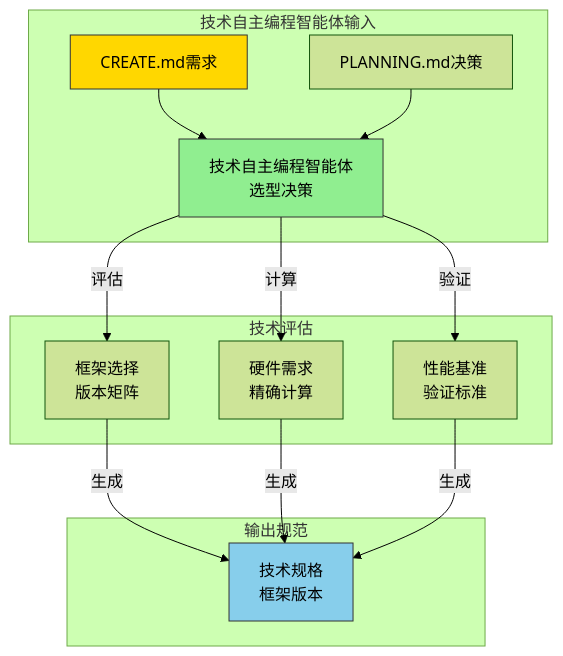
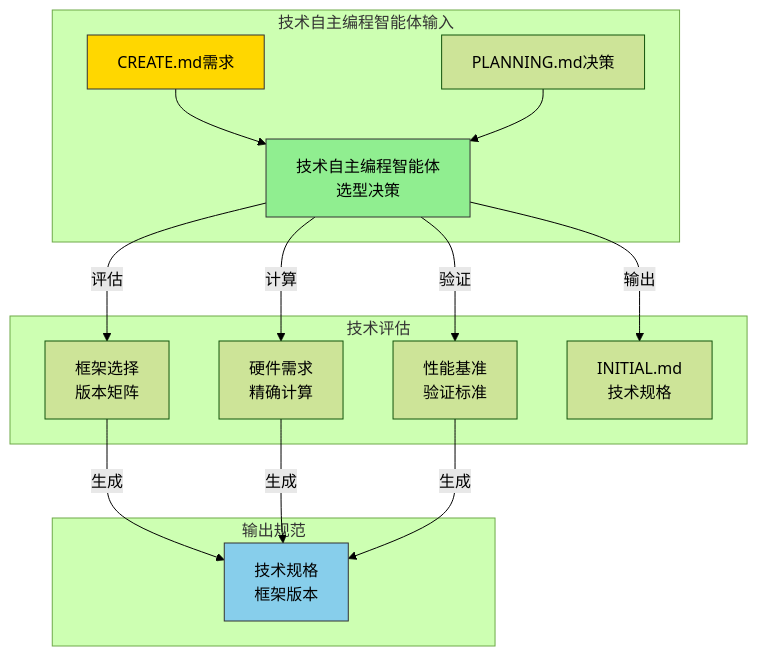
One commit to ouyangshixiong/context-engineering-zh changed the diagram in ML.md. Above: the diagram before and after it, drawn with Mermaid (forest theme). The commit also changed other lines of this file and 16 other files, not shown here.

````diff
--- a/ML.md
+++ b/ML.md
@@ -15,23 +15,24 @@
 ```mermaid
 graph TD
     subgraph 技术自主编程智能体输入
         CREATE[CREATE.md需求] --> TECH[技术自主编程智能体<br/>选型决策]
         PLAN[PLANNING.md决策] --> TECH
     end
     
     subgraph 技术评估
         TECH -->|评估| FRAME[框架选择<br/>版本矩阵]
         TECH -->|计算| HARDWARE[硬件需求<br/>精确计算]
         TECH -->|验证| BENCHMARK[性能基准<br/>验证标准]
+        TECH -->|输出| INITIAL[INITIAL.md<br/>技术规格]
     end
     
     subgraph 输出规范
         FRAME -->|生成| SPEC[技术规格<br/>框架版本]
         HARDWARE -->|生成| SPEC
         BENCHMARK -->|生成| SPEC
     end
     
     style TECH fill:#90EE90,stroke:#333
     style CREATE fill:#FFD700,stroke:#333
     style SPEC fill:#87CEEB,stroke:#333
 ```
````
